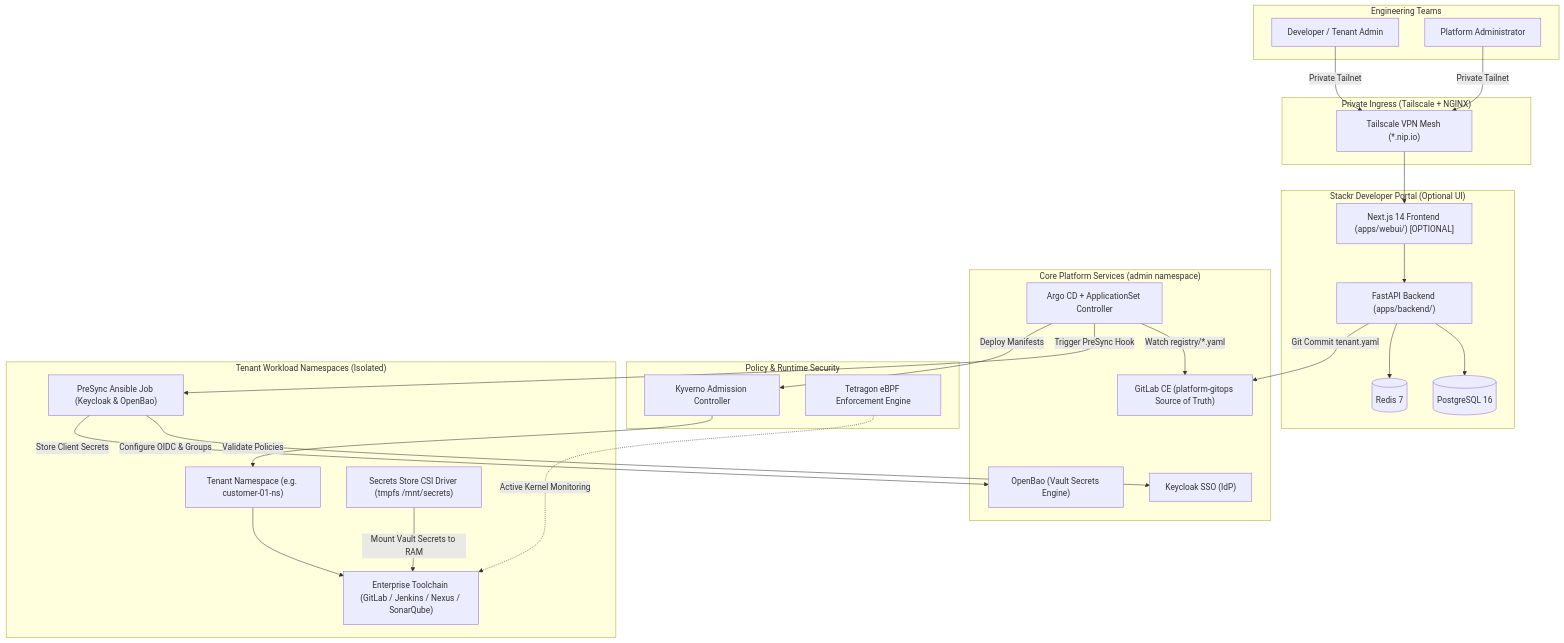
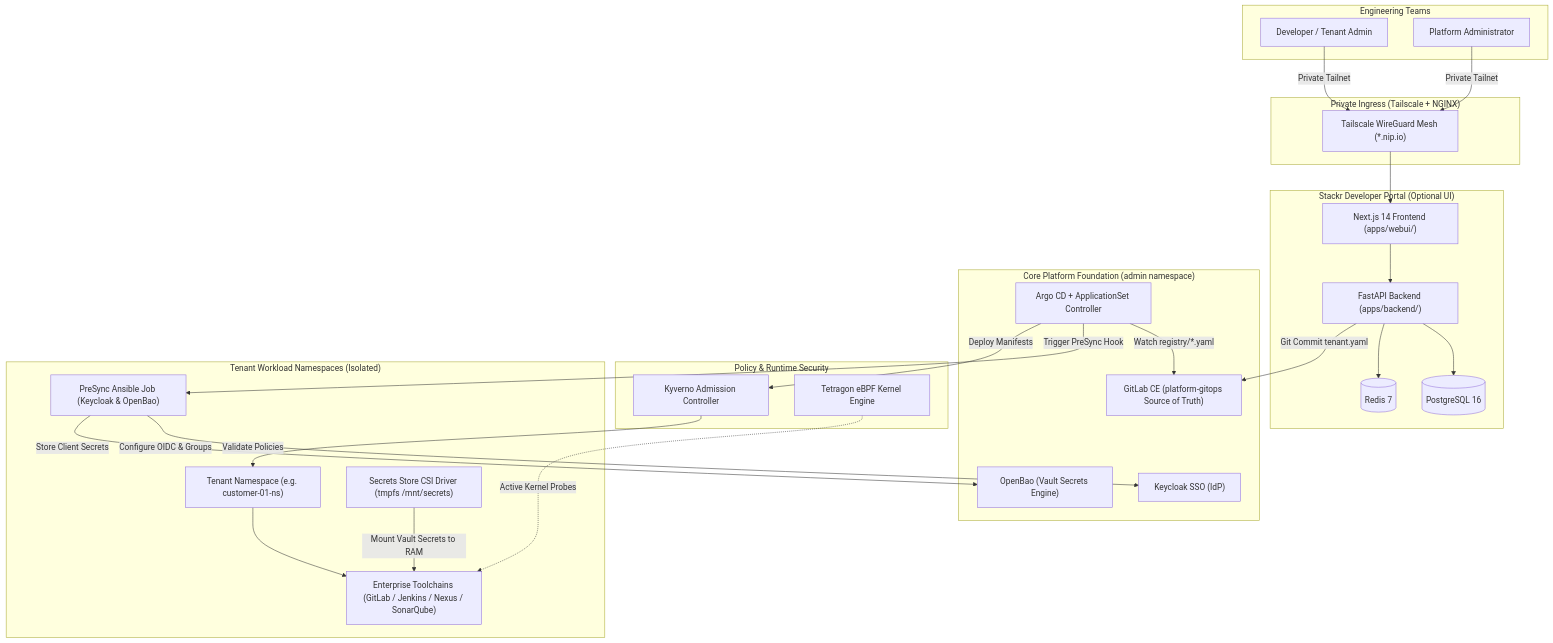
Before and after one commit to KhalidNazih/Stackr: the diagram in README.md, drawn with Mermaid. The commit also changed other lines of this file, not shown here.

First line of the commit message:
docs: polish README to enterprise open-source standard

````diff
--- a/README.md
+++ b/README.md
@@ -33,54 +85,54 @@
 ```mermaid
 flowchart TD
     subgraph Users["Engineering Teams"]
         Dev["Developer / Tenant Admin"]
         PlatformAdmin["Platform Administrator"]
     end
 
     subgraph VPN["Private Ingress (Tailscale + NGINX)"]
-        Mesh["Tailscale VPN Mesh (*.nip.io)"]
+        Mesh["Tailscale WireGuard Mesh (*.nip.io)"]
     end
 
     subgraph Portal["Stackr Developer Portal (Optional UI)"]
-        UI["Next.js 14 Frontend (apps/webui/) [OPTIONAL]"]
+        UI["Next.js 14 Frontend (apps/webui/)"]
         API["FastAPI Backend (apps/backend/)"]
         DB[(PostgreSQL 16)]
         Cache[(Redis 7)]
     end
 
-    subgraph CorePlatform["Core Platform Services (admin namespace)"]
+    subgraph CorePlatform["Core Platform Foundation (admin namespace)"]
         GitLab["GitLab CE (platform-gitops Source of Truth)"]
         Keycloak["Keycloak SSO (IdP)"]
         OpenBao["OpenBao (Vault Secrets Engine)"]
         ArgoCD["Argo CD + ApplicationSet Controller"]
     end
 
     subgraph Security["Policy & Runtime Security"]
         Kyverno["Kyverno Admission Controller"]
-        Tetragon["Tetragon eBPF Enforcement Engine"]
+        Tetragon["Tetragon eBPF Kernel Engine"]
     end
 
     subgraph Tenants["Tenant Workload Namespaces (Isolated)"]
         TenantNS["Tenant Namespace (e.g. customer-01-ns)"]
         Ansible["PreSync Ansible Job (Keycloak & OpenBao)"]
         CSI["Secrets Store CSI Driver (tmpfs /mnt/secrets)"]
-        Tools["Enterprise Toolchain (GitLab / Jenkins / Nexus / SonarQube)"]
+        Tools["Enterprise Toolchains (GitLab / Jenkins / Nexus / SonarQube)"]
     end
 
     Dev -->|Private Tailnet| Mesh
     PlatformAdmin -->|Private Tailnet| Mesh
     Mesh --> UI
     UI --> API
     API --> DB
     API --> Cache
     API -->|Git Commit tenant.yaml| GitLab
     ArgoCD -->|Watch registry/*.yaml| GitLab
     ArgoCD -->|Trigger PreSync Hook| Ansible
     Ansible -->|Configure OIDC & Groups| Keycloak
     Ansible -->|Store Client Secrets| OpenBao
     ArgoCD -->|Deploy Manifests| Kyverno
     Kyverno -->|Validate Policies| TenantNS
     TenantNS --> Tools
     CSI -->|Mount Vault Secrets to RAM| Tools
-    Tetragon -.->|Active Kernel Monitoring| Tools
+    Tetragon -.->|Active Kernel Probes| Tools
 ```
````
